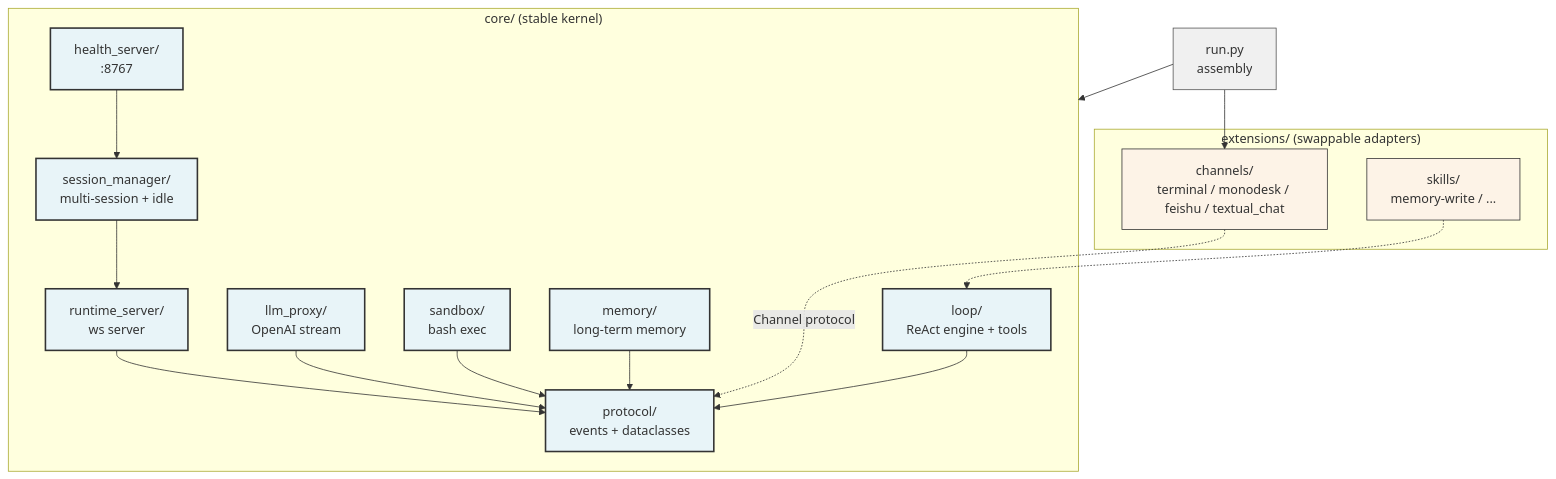
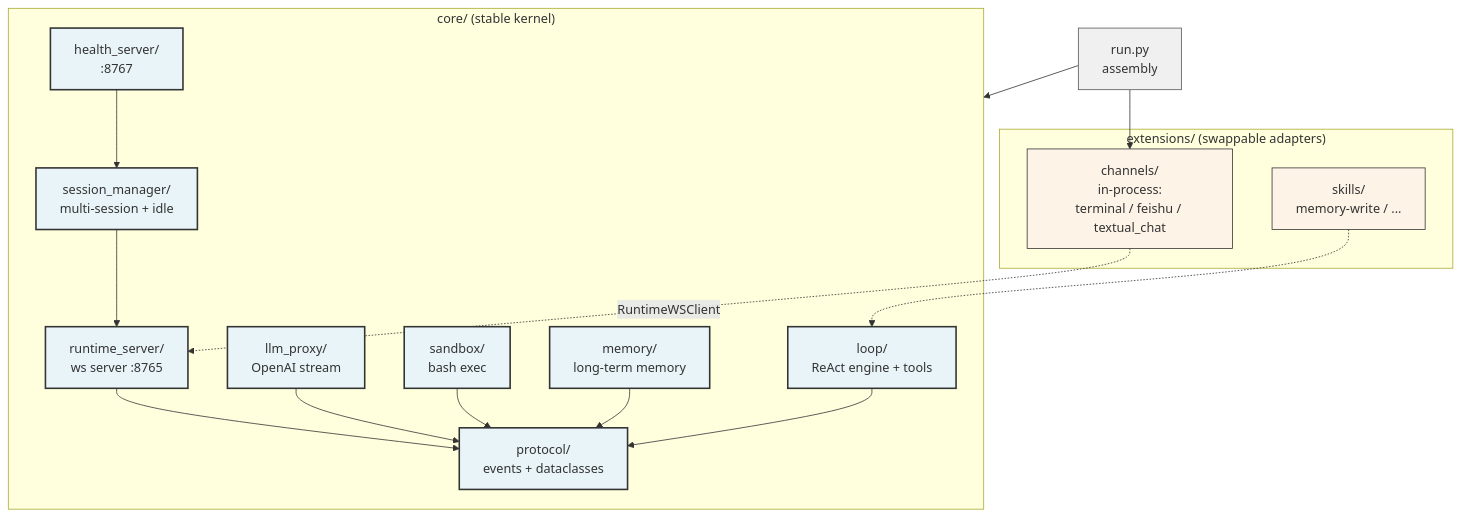
Before and after one commit to halcyonway/MonoX: the diagram in README.md, drawn with Mermaid. The commit also changed other lines of this file and 12 other files, not shown here.

First line of the commit message:
feat: 删除 in-process monodesk channel；feishu 共享 default session；reply 路径用 chat_id 索引

````diff
--- a/README.md
+++ b/README.md
@@ -21,41 +21,41 @@
 ```mermaid
 graph TB
     subgraph Core["core/ (stable kernel)"]
         Protocol["protocol/<br/>events + dataclasses"]
         Loop["loop/<br/>ReAct engine + tools"]
         LLMP["llm_proxy/<br/>OpenAI stream"]
         Sandbox["sandbox/<br/>bash exec"]
         Memory["memory/<br/>long-term memory"]
-        Server["runtime_server/<br/>ws server"]
+        Server["runtime_server/<br/>ws server :8765"]
         Session["session_manager/<br/>multi-session + idle"]
         Health["health_server/<br/>:8767"]
     end
 
     subgraph Extensions["extensions/ (swappable adapters)"]
-        Channels["channels/<br/>terminal / monodesk / feishu / textual_chat"]
+        Channels["channels/<br/>in-process:<br/>terminal / feishu / textual_chat"]
         Skills["skills/<br/>memory-write / ..."]
     end
 
     Run["run.py<br/>assembly"]
 
     Loop --> Protocol
     LLMP --> Protocol
     Sandbox --> Protocol
     Memory --> Protocol
     Server --> Protocol
     Session --> Server
     Health --> Session
 
-    Channels -.Channel protocol.-> Protocol
+    Channels -.RuntimeWSClient.-> Server
     Skills -.-> Loop
 
     Run --> Core
     Run --> Channels
 
     classDef core fill:#e8f4f8,stroke:#333,stroke-width:2px
     classDef ext fill:#fdf3e7,stroke:#333,stroke-width:1px
     classDef run fill:#f0f0f0,stroke:#555
     class Protocol,Loop,LLMP,Sandbox,Memory,Server,Session,Health core
     class Channels,Skills ext
     class Run run
 ```
````
